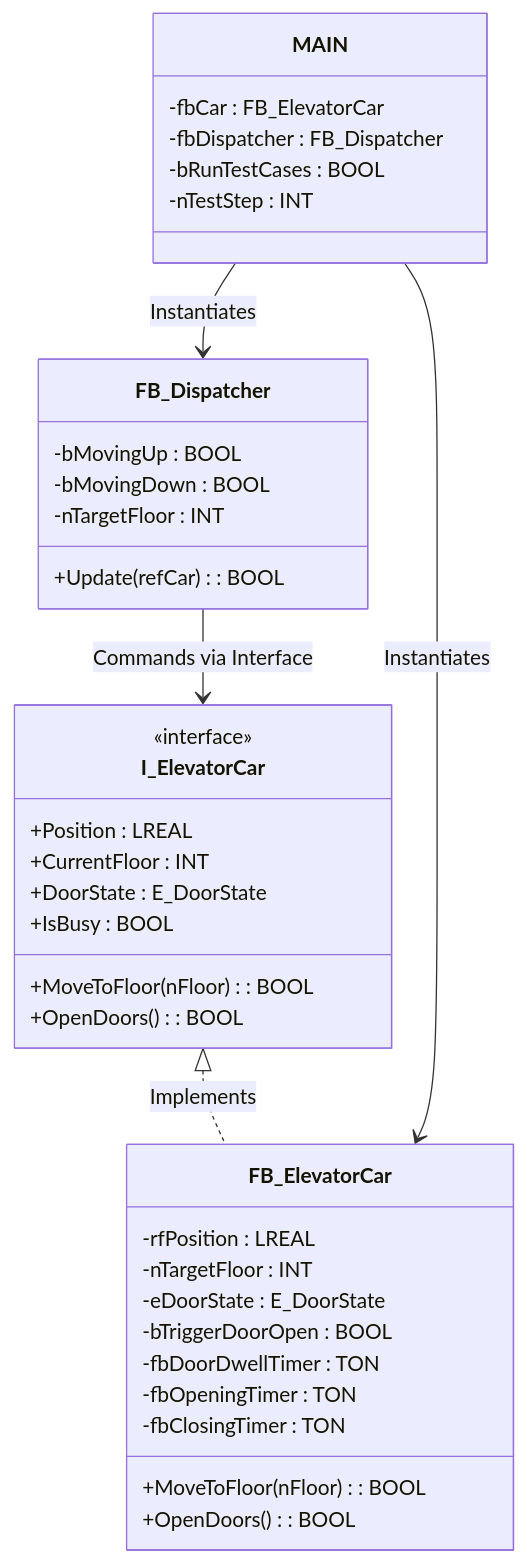
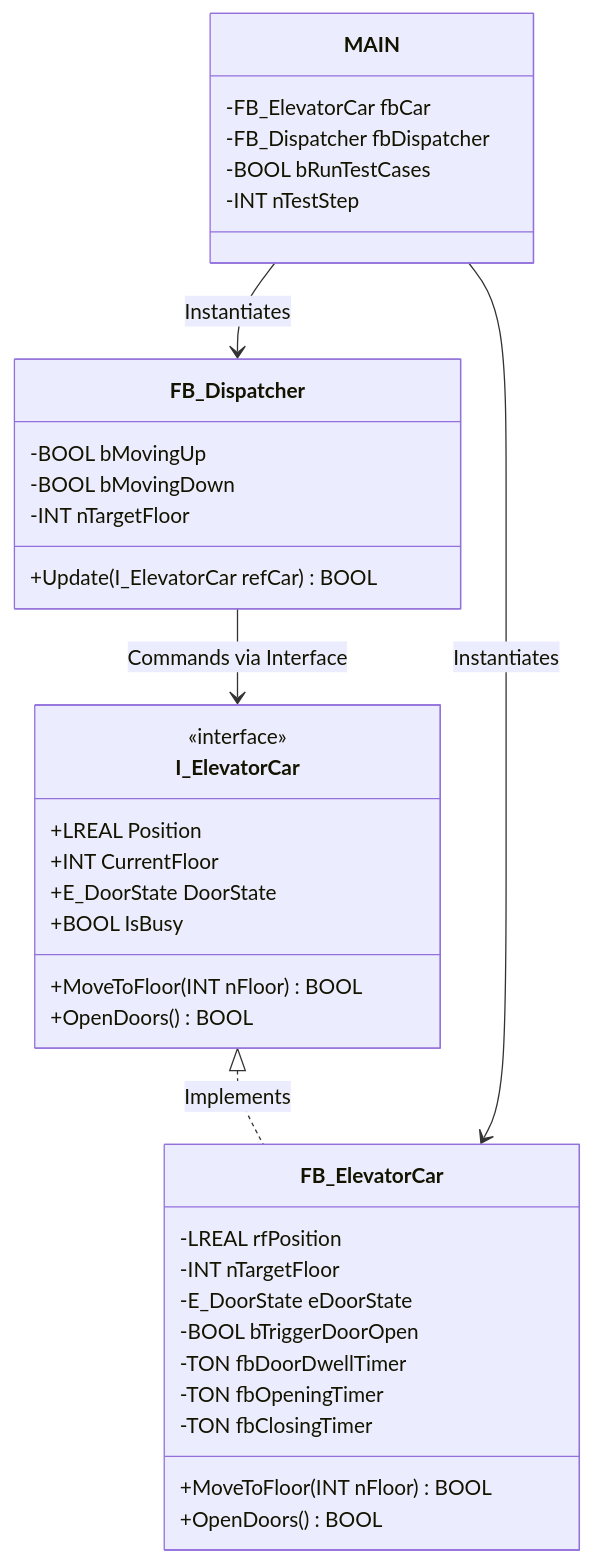
Before and after one commit to mohamedazimal27/ElevatorControlSystem: the diagram in README.md, drawn with Mermaid. The commit also changed other lines of this file and 1 other file, not shown here.

Commit message:
docs: update class diagram syntax in README and synchronize project metadata

````diff
--- a/README.md
+++ b/README.md
@@ -39,43 +39,43 @@
 ```mermaid
 classDiagram
     class I_ElevatorCar {
         <<interface>>
-        +Position : LREAL
-        +CurrentFloor : INT
-        +DoorState : E_DoorState
-        +IsBusy : BOOL
-        +MoveToFloor(nFloor) : BOOL
-        +OpenDoors() : BOOL
+        +LREAL Position
+        +INT CurrentFloor
+        +E_DoorState DoorState
+        +BOOL IsBusy
+        +MoveToFloor(INT nFloor) BOOL
+        +OpenDoors() BOOL
     }
 
     class FB_ElevatorCar {
-        -rfPosition : LREAL
-        -nTargetFloor : INT
-        -eDoorState : E_DoorState
-        -bTriggerDoorOpen : BOOL
-        -fbDoorDwellTimer : TON
-        -fbOpeningTimer : TON
-        -fbClosingTimer : TON
-        +MoveToFloor(nFloor) : BOOL
-        +OpenDoors() : BOOL
+        -LREAL rfPosition
+        -INT nTargetFloor
+        -E_DoorState eDoorState
+        -BOOL bTriggerDoorOpen
+        -TON fbDoorDwellTimer
+        -TON fbOpeningTimer
+        -TON fbClosingTimer
+        +MoveToFloor(INT nFloor) BOOL
+        +OpenDoors() BOOL
     }
 
     class FB_Dispatcher {
-        -bMovingUp : BOOL
-        -bMovingDown : BOOL
-        -nTargetFloor : INT
-        +Update(refCar) : BOOL
+        -BOOL bMovingUp
+        -BOOL bMovingDown
+        -INT nTargetFloor
+        +Update(I_ElevatorCar refCar) BOOL
     }
 
     class MAIN {
-        -fbCar : FB_ElevatorCar
-        -fbDispatcher : FB_Dispatcher
-        -bRunTestCases : BOOL
-        -nTestStep : INT
+        -FB_ElevatorCar fbCar
+        -FB_Dispatcher fbDispatcher
+        -BOOL bRunTestCases
+        -INT nTestStep
     }
 
     I_ElevatorCar <|.. FB_ElevatorCar : Implements
     FB_Dispatcher --> I_ElevatorCar : Commands via Interface
     MAIN --> FB_ElevatorCar : Instantiates
     MAIN --> FB_Dispatcher : Instantiates
 ```
````
